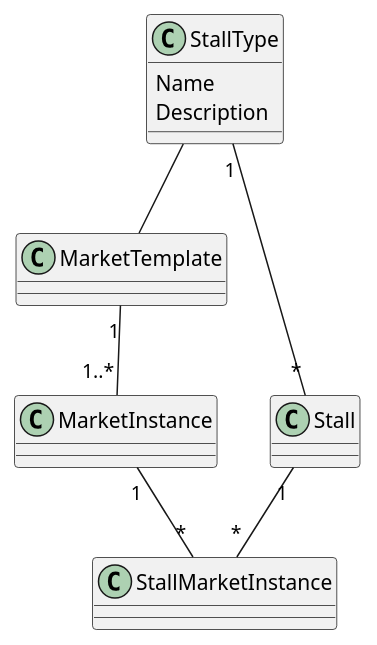
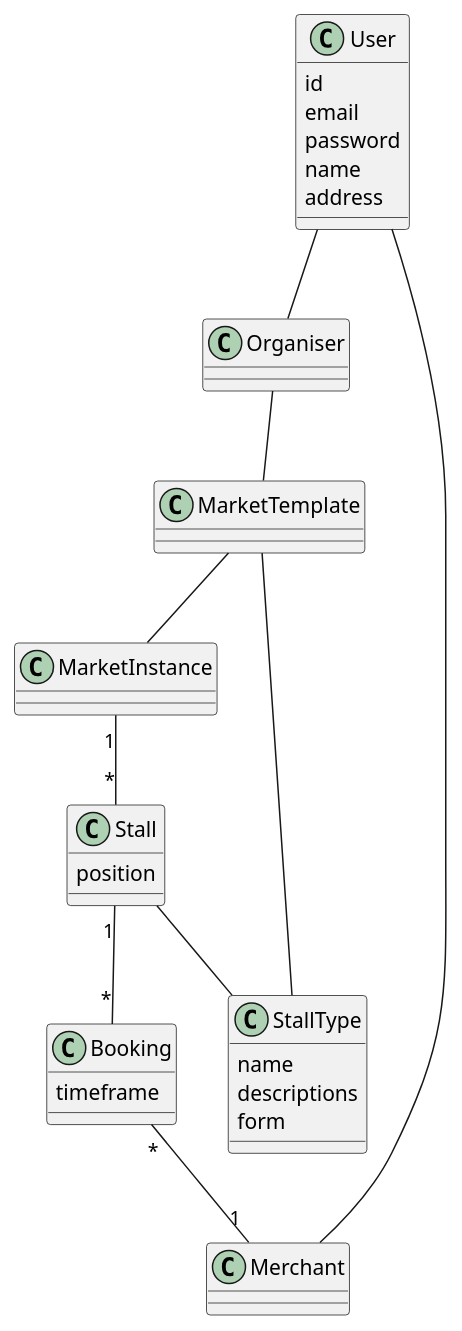
Before and after one commit to JeppeTrip/LoppePortalen: the diagram in docs/er-diagram.plantuml, drawn with PlantUML. The commit also changed 41 other files, not shown here.

```diff
--- a/docs/er-diagram.plantuml
+++ b/docs/er-diagram.plantuml
@@ -1,29 +1,52 @@
 @startuml
-class MarketTemplate {
+class User {
+    id
+    email 
+    password
+    name 
+    address 
+}
 
+class Organiser {
+    
+}
+
+class Merchant {
+    
 }
 
 class Stall {
+    position
+}
+
+class MarketTemplate {
 
 }
 
 class MarketInstance {
 
 }
 
-class StallMarketInstance {
-
+class StallType {
+    name 
+    descriptions
+    form
 }
 
-class StallType {
-    Name
-    Description
+class Booking {
+    timeframe
 }
 
-MarketTemplate "1" --"1..*" MarketInstance
-Stall "1" -- "*" StallMarketInstance
-MarketInstance "1" -- "*" StallMarketInstance
-StallType "1" -- "*" Stall
-StallType -- MarketTemplate
+User -- Merchant
+User -- Organiser
+Organiser -- MarketTemplate 
+MarketTemplate -- MarketInstance
+MarketTemplate -- StallType
 
+MarketInstance "1" -- "*" Stall
+
+
+Stall -- StallType
+Stall "1" -- "*" Booking
+Booking "*" -- "1" Merchant
 @enduml
```
